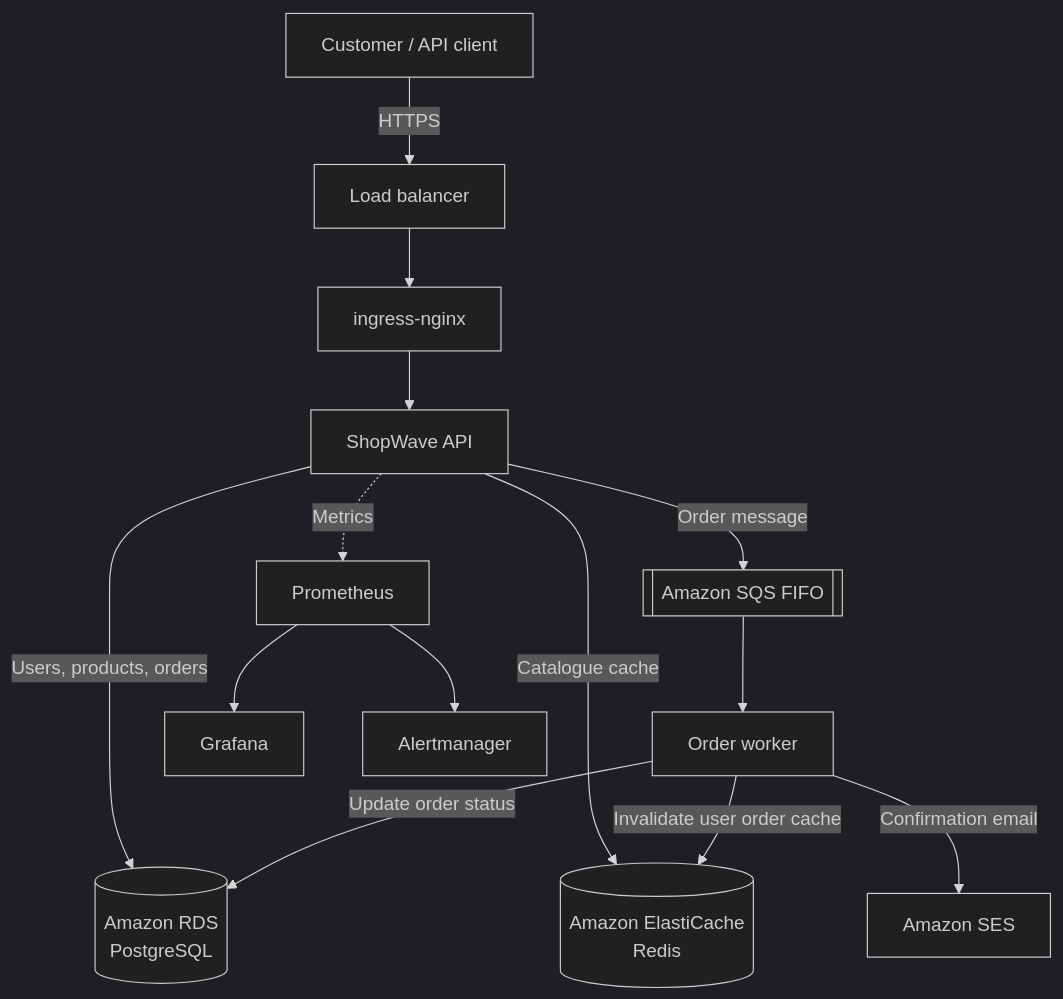
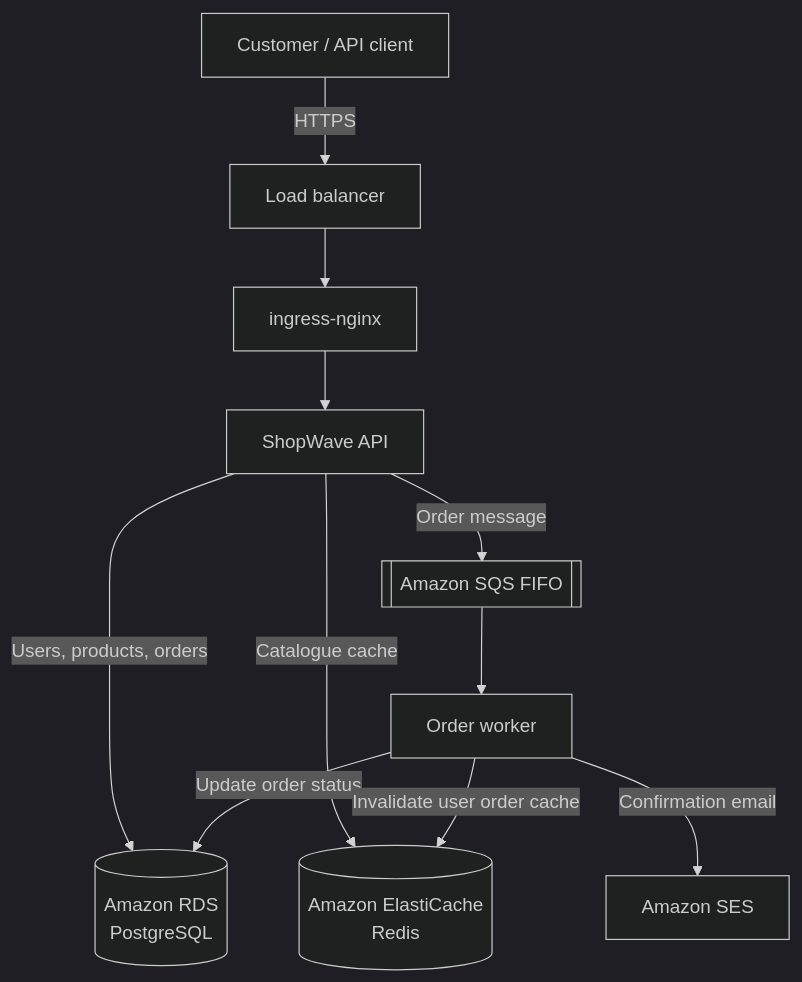
The first of 2 diagrams in README.md (Muhammed-Faseem/shopwave), drawn with Mermaid (dark theme) before and after one commit. The commit also changed other lines of this file and 1 other file, not shown here.

````diff
--- a/README.md
+++ b/README.md
@@ -49,19 +49,16 @@
 ```mermaid
 flowchart TD
     C[Customer / API client] -->|HTTPS| LB[Load balancer]
     LB --> ING[ingress-nginx]
     ING --> API[ShopWave API]
 
     API -->|Users, products, orders| DB[(Amazon RDS\nPostgreSQL)]
     API -->|Catalogue cache| REDIS[(Amazon ElastiCache\nRedis)]
     API -->|Order message| SQS[[Amazon SQS FIFO]]
 
     SQS --> WORKER[Order worker]
     WORKER -->|Confirmation email| SES[Amazon SES]
     WORKER -->|Update order status| DB
     WORKER -->|Invalidate user order cache| REDIS
 
-    API -.->|Metrics| PROM[Prometheus]
-    PROM --> GRAF[Grafana]
-    PROM --> ALERT[Alertmanager]
 ```
````
